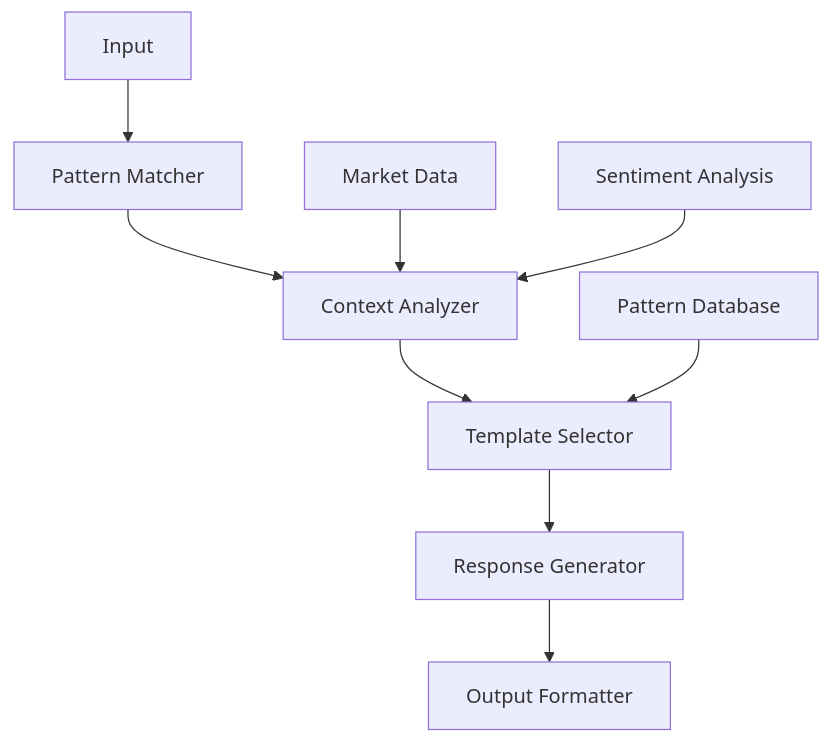
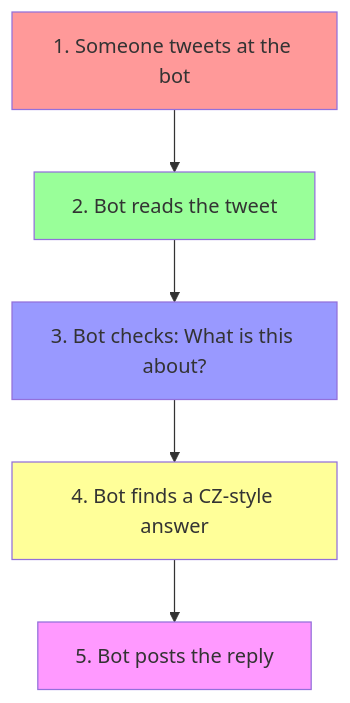
The diagram in README.md (humanperzeus/CZ-Ai-Agent-MVP_2), drawn with Mermaid before and after one commit. The commit also changed other lines of this file, not shown here.

````diff
--- a/README.md
+++ b/README.md
@@ -65,11 +8,13 @@
 ```mermaid
 graph TD
-    A[Input] --> B[Pattern Matcher]
-    B --> C[Context Analyzer]
-    C --> D[Template Selector]
-    D --> E[Response Generator]
-    E --> F[Output Formatter]
-    G[Market Data] --> C
-    H[Sentiment Analysis] --> C
-    I[Pattern Database] --> D
+    A[1. Someone tweets at the bot] --> B[2. Bot reads the tweet]
+    B --> C[3. Bot checks: What is this about?]
+    C --> D[4. Bot finds a CZ-style answer]
+    D --> E[5. Bot posts the reply]
+    
+    style A fill:#ff9999
+    style B fill:#99ff99
+    style C fill:#9999ff
+    style D fill:#ffff99
+    style E fill:#ff99ff
 ```
````
